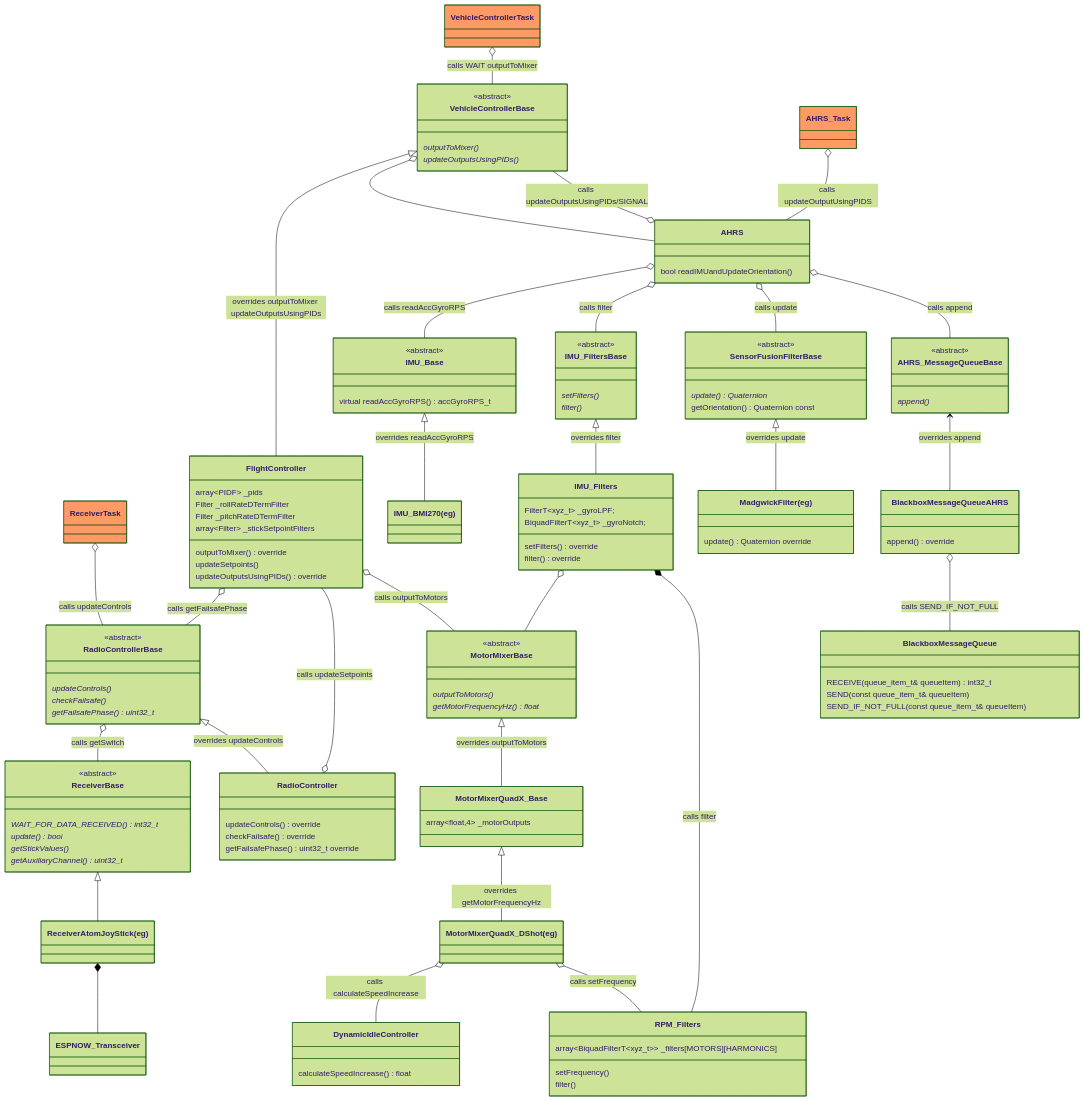
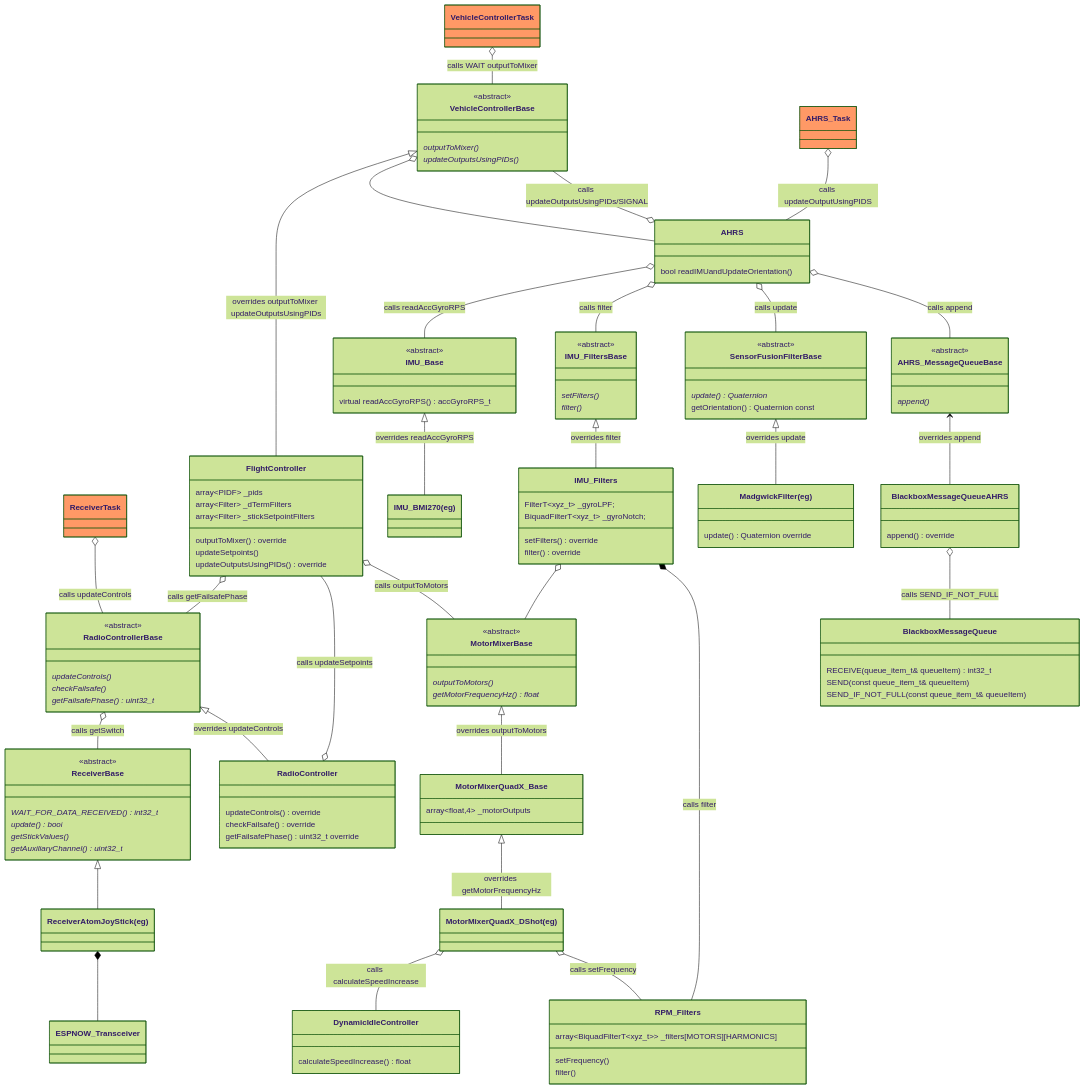
Before and after one commit to martinbudden/Protoflight: the first of 5 diagrams in README.md, drawn with Mermaid (forest theme). The commit also changed 9 other files, not shown here.

Commit message:
Added first cut of ITERM_RELAX. Changed DTerm filters to use an array.

```diff
--- a/README.md
+++ b/README.md
@@ -308,8 +308,7 @@
 
     class FlightController {
         array~PIDF~ _pids
-        Filter _rollRateDTermFilter
-        Filter _pitchRateDTermFilter
+        array~Filter~ _dTermFilters
         array~Filter~ _stickSetpointFilters
         outputToMixer() override
         updateSetpoints()
```
